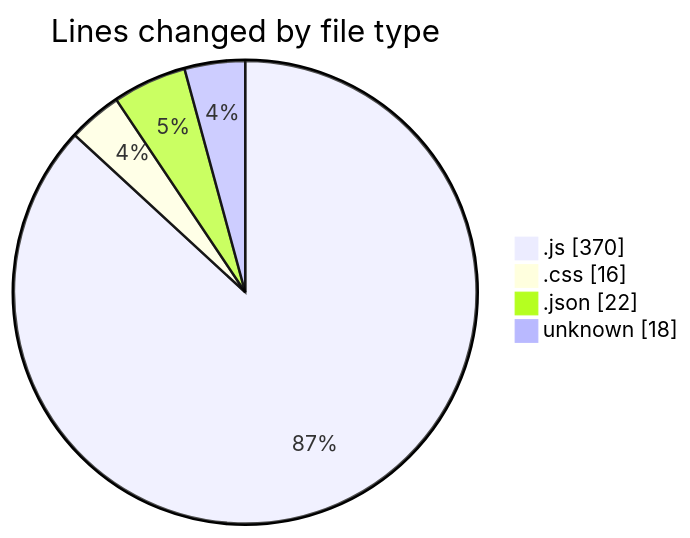
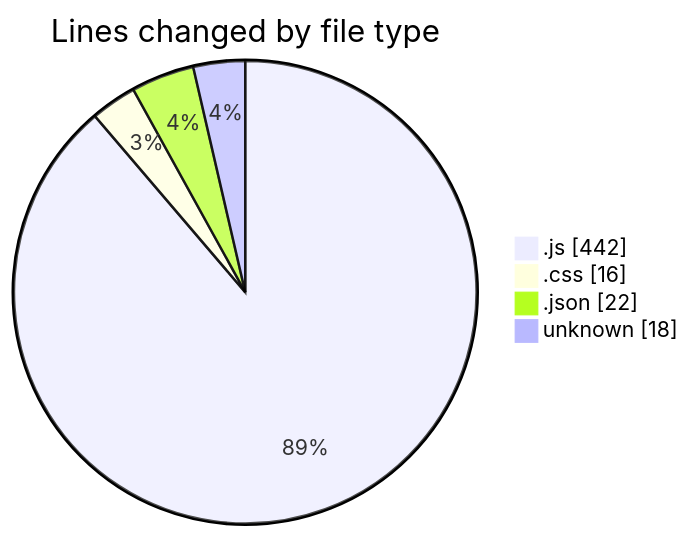
Before and after one commit to lephambinh05/code-tracking: the first of 2 diagrams in 2025-09-17/quytuthien_vn/README.md, drawn with Mermaid. The commit also changed other lines of this file and 1 other file, not shown here.

````diff
--- a/2025-09-17/quytuthien_vn/README.md
+++ b/2025-09-17/quytuthien_vn/README.md
@@ -30,8 +30,8 @@
 ```mermaid
 pie showData
 title Lines changed by file type
-".js" : 370
+".js" : 442
 ".css" : 16
 ".json" : 22
 "unknown" : 18
 ```
````
